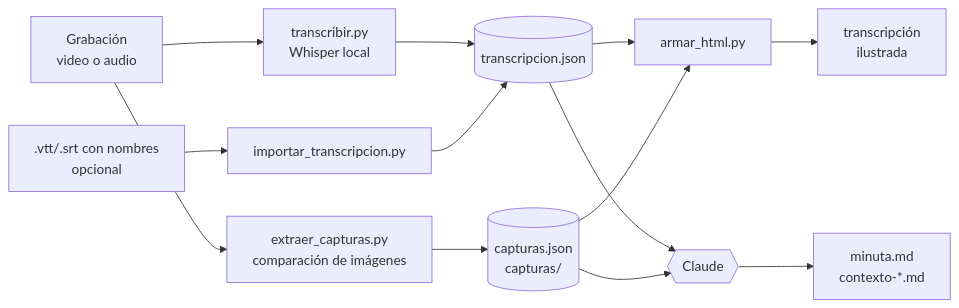
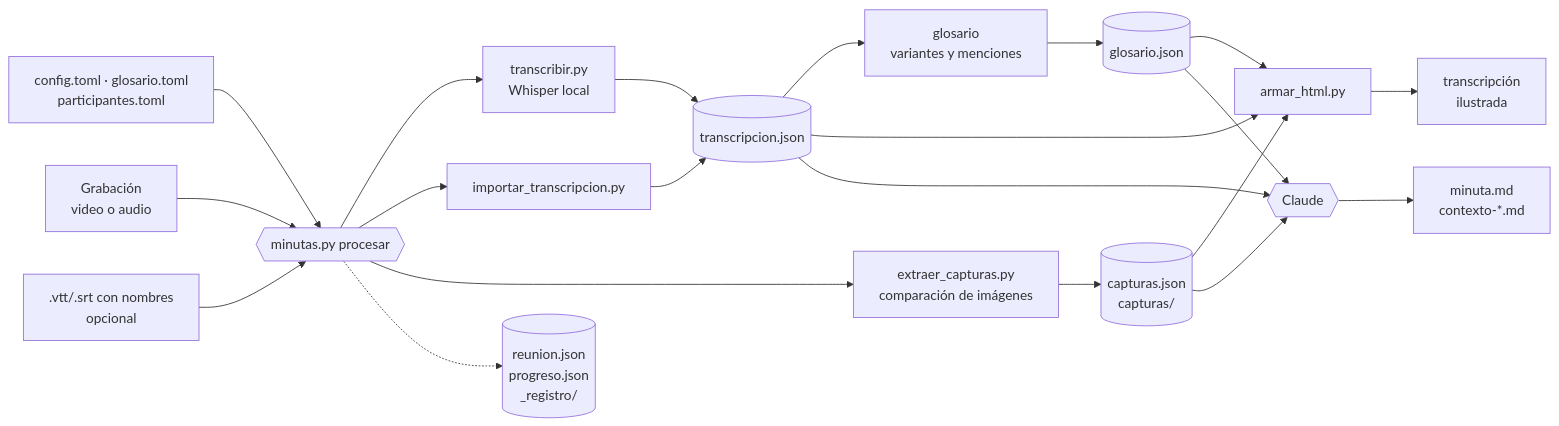
The diagram in docs/arquitectura.md (Juliocbm/minutas-video), drawn with Mermaid before and after one commit. The commit also changed other lines of this file and 48 other files, not shown here.

````diff
--- a/docs/arquitectura.md
+++ b/docs/arquitectura.md
@@ -7,15 +13,23 @@
 ```mermaid
 flowchart LR
-    G[Grabación<br/>video o audio] --> W[transcribir.py<br/>Whisper local]
-    V[.vtt/.srt con nombres<br/>opcional] --> I[importar_transcripcion.py]
-    G --> C[extraer_capturas.py<br/>comparación de imágenes]
+    CFG[config.toml · glosario.toml<br/>participantes.toml] --> O
+    G[Grabación<br/>video o audio] --> O{{minutas.py procesar}}
+    V[.vtt/.srt con nombres<br/>opcional] --> O
+    O --> W[transcribir.py<br/>Whisper local]
+    O --> I[importar_transcripcion.py]
+    O --> C[extraer_capturas.py<br/>comparación de imágenes]
     W --> T[(transcripcion.json)]
     I --> T
     C --> K[(capturas.json<br/>capturas/)]
+    T --> GL[glosario<br/>variantes y menciones]
+    GL --> GJ[(glosario.json)]
     T --> H[armar_html.py]
     K --> H
+    GJ --> H
     H --> HTML[transcripción<br/>ilustrada]
+    O -.-> R[(reunion.json<br/>progreso.json<br/>_registro/)]
     T --> CL{{Claude}}
     K --> CL
+    GJ --> CL
     CL --> M[minuta.md<br/>contexto-*.md]
 ```
````
